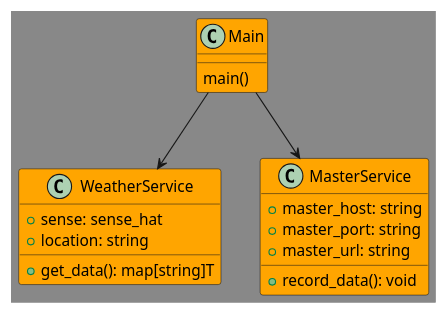
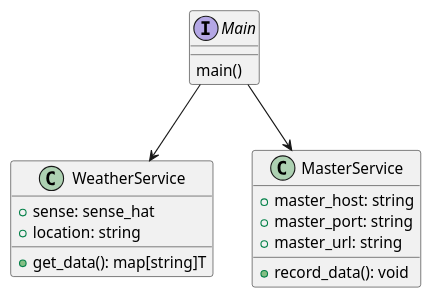
Before and after one commit to james-cathcart/indoor-weather-node: the diagram in docs/classes.puml, drawn with PlantUML. The commit also changed 3 other files, not shown here.

Commit message:
updated diagrams and README

```diff
--- a/docs/classes.puml
+++ b/docs/classes.puml
@@ -1,29 +1,24 @@
 @startuml
 'https://plantuml.com/class-diagram
 
-skinparam {
-    backgroundColor #888
-    classBackgroundColor #Orange
-}
-
-class Main {
+interface Main {
     main()
 }
 
 class WeatherService {
     +sense: sense_hat
     +location: string
     +get_data(): map[string]T
 }
 
 class MasterService {
     +master_host: string
     +master_port: string
     +master_url: string
     +record_data(): void
 }
 
 Main --> WeatherService
 Main --> MasterService
 
 @enduml
```
